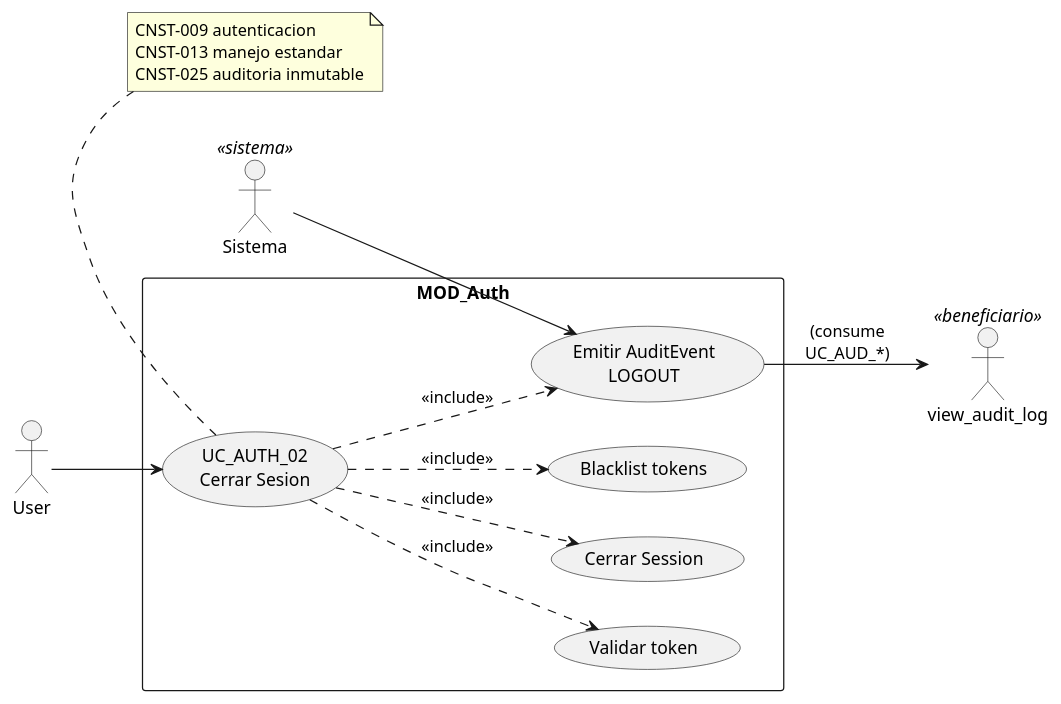
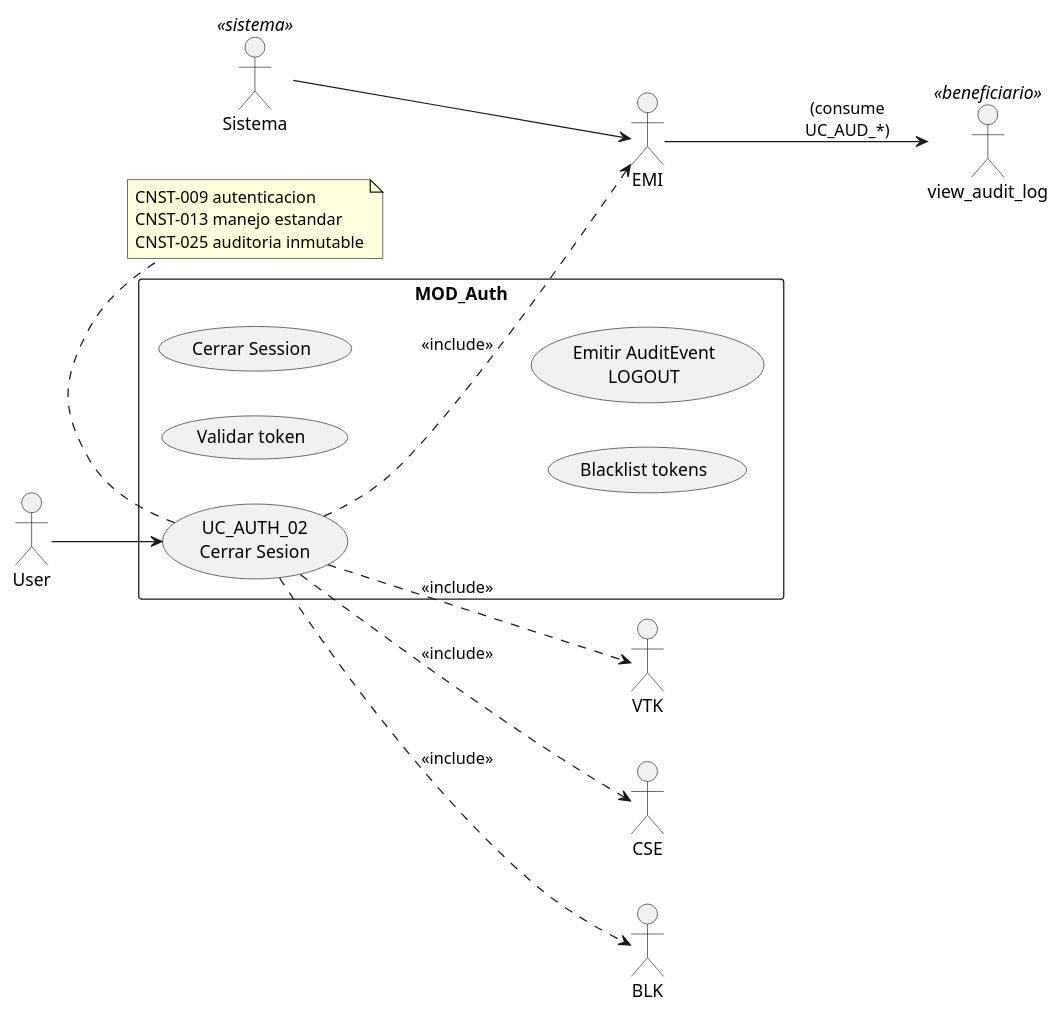
The diagram in source/requisitos/casos-uso/auth/uc-auth-02/diagramas-uml/diagrama-de-caso-de-uso.rst (jcg-admin/IACT-docs), drawn with PlantUML before and after one commit. The commit also changed 47 other files, not shown here.

First line of the commit message:
Fix cryptic PlantUML aliases in UC and architecture files (STD_011)

```diff
--- a/source/requisitos/casos-uso/auth/uc-auth-02/diagramas-uml/diagrama-de-caso-de-uso.rst
+++ b/source/requisitos/casos-uso/auth/uc-auth-02/diagramas-uml/diagrama-de-caso-de-uso.rst
@@ -4,34 +4,34 @@
 .. uml::
  :caption: UC_AUTH_02 — vista de actores y casos asociados
 
  @startuml
 
  left to right direction
 
  actor "User" as USER
  actor "view_audit_log" as view_audit_log <<beneficiario>>
  actor "Sistema" as Sistema <<sistema>>
 
  rectangle "MOD_Auth" {
    usecase "UC_AUTH_02\nCerrar Sesion" as UC02
-   usecase "Validar token" as VTK
-   usecase "Cerrar Session" as CSE
-   usecase "Blacklist tokens" as BLK
-   usecase "Emitir AuditEvent\nLOGOUT" as EMI
+   usecase "Validar token" as VistaToken
+   usecase "Cerrar Session" as CerrarSesiones
+   usecase "Blacklist tokens" as TokensRevocados
+   usecase "Emitir AuditEvent\nLOGOUT" as AuditEmitter
  }
 
  USER --> UC02
  UC02 ..> VTK : <<include>>
  UC02 ..> CSE : <<include>>
  UC02 ..> BLK : <<include>>
  UC02 ..> EMI : <<include>>
  Sistema --> EMI
  EMI --> view_audit_log : (consume\nUC_AUD_*)
 
  note bottom of UC02
    CNST-009 autenticacion
    CNST-013 manejo estandar
    CNST-025 auditoria inmutable
  end note
 
  @enduml
```
